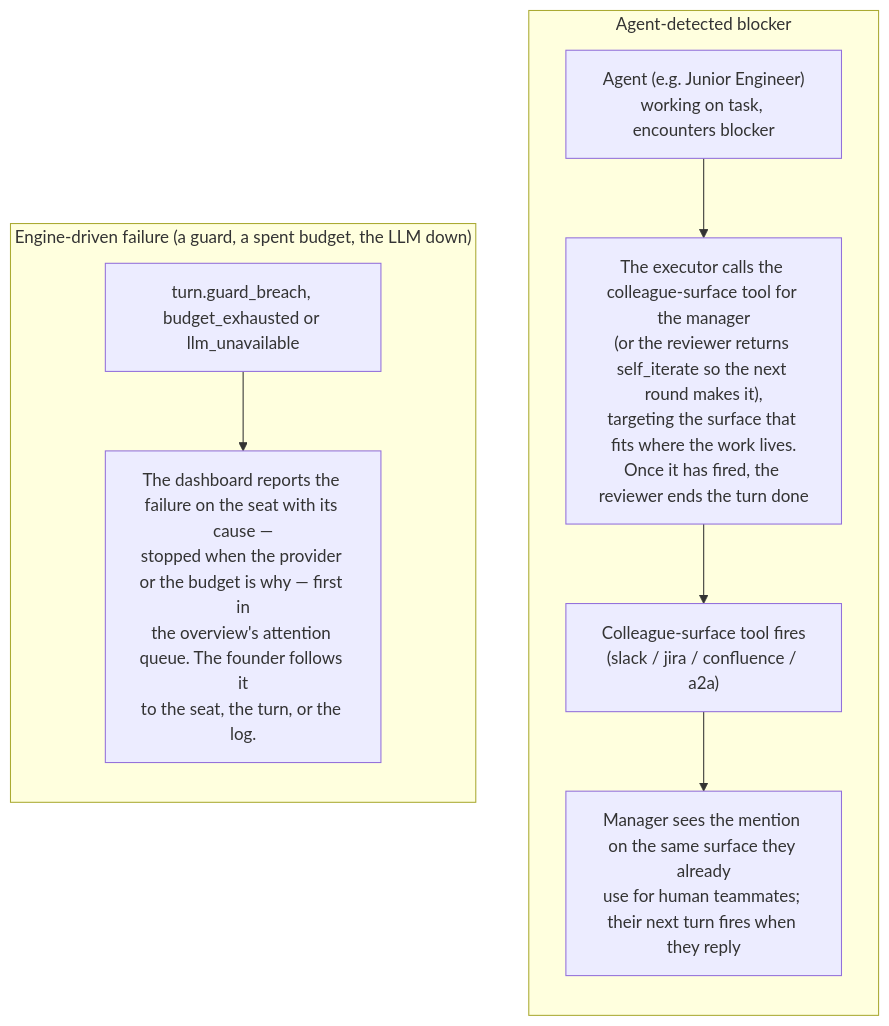
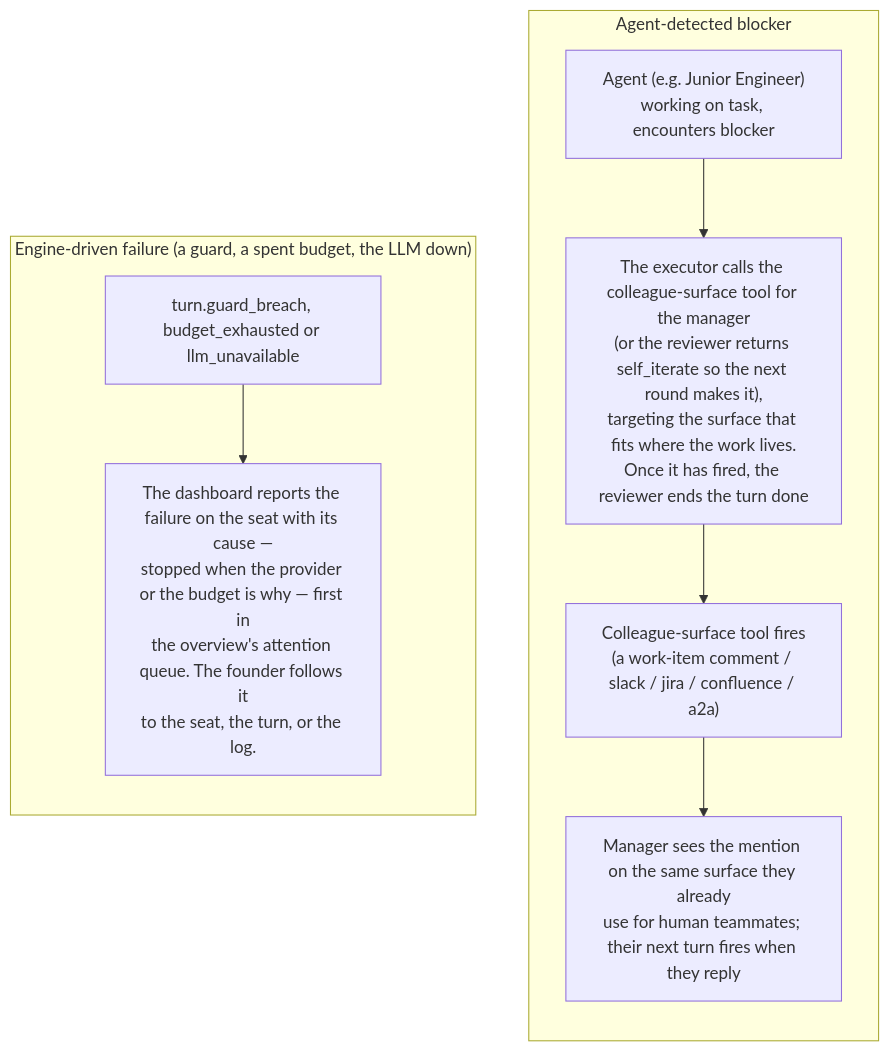
Before and after one commit to crewlet/crewlet: the fourth of 4 diagrams in docs/concepts/task-engine.md, drawn with Mermaid. The commit also changed other lines of this file and 2 other files, not shown here.

````diff
--- a/docs/concepts/task-engine.md
+++ b/docs/concepts/task-engine.md
@@ -233,17 +263,17 @@
 ```mermaid
 flowchart TD
     subgraph blocked["Agent-detected blocker"]
         direction TB
         A["Agent (e.g. Junior Engineer)<br/>working on task, encounters blocker"]
         B["The executor calls the colleague-surface tool for the manager<br/>(or the reviewer returns self_iterate so the next round makes it),<br/>targeting the surface that fits where the work lives.<br/>Once it has fired, the reviewer ends the turn done"]
-        C["Colleague-surface tool fires<br/>(slack / jira / confluence / a2a)"]
+        C["Colleague-surface tool fires<br/>(a work-item comment / slack / jira / confluence / a2a)"]
         D["Manager sees the mention on the same surface they already<br/>use for human teammates; their next turn fires when they reply"]
         A --> B --> C --> D
     end
     subgraph enginefail["Engine-driven failure (a guard, a spent budget, the LLM down)"]
         direction TB
         E["turn.guard_breach, budget_exhausted or llm_unavailable"]
         F["The dashboard reports the failure on the seat with its cause —<br/>stopped when the provider or the budget is why — first in<br/>the overview's attention queue. The founder follows it<br/>to the seat, the turn, or the log."]
         E --> F
     end
 ```
````
